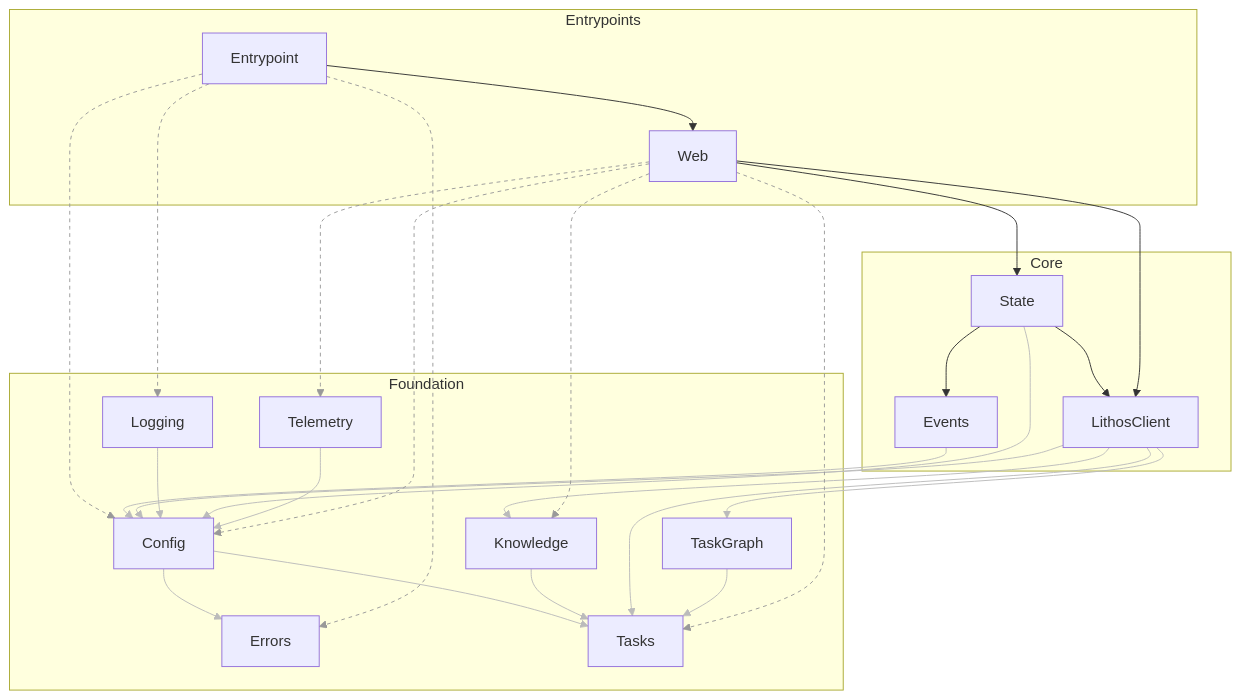
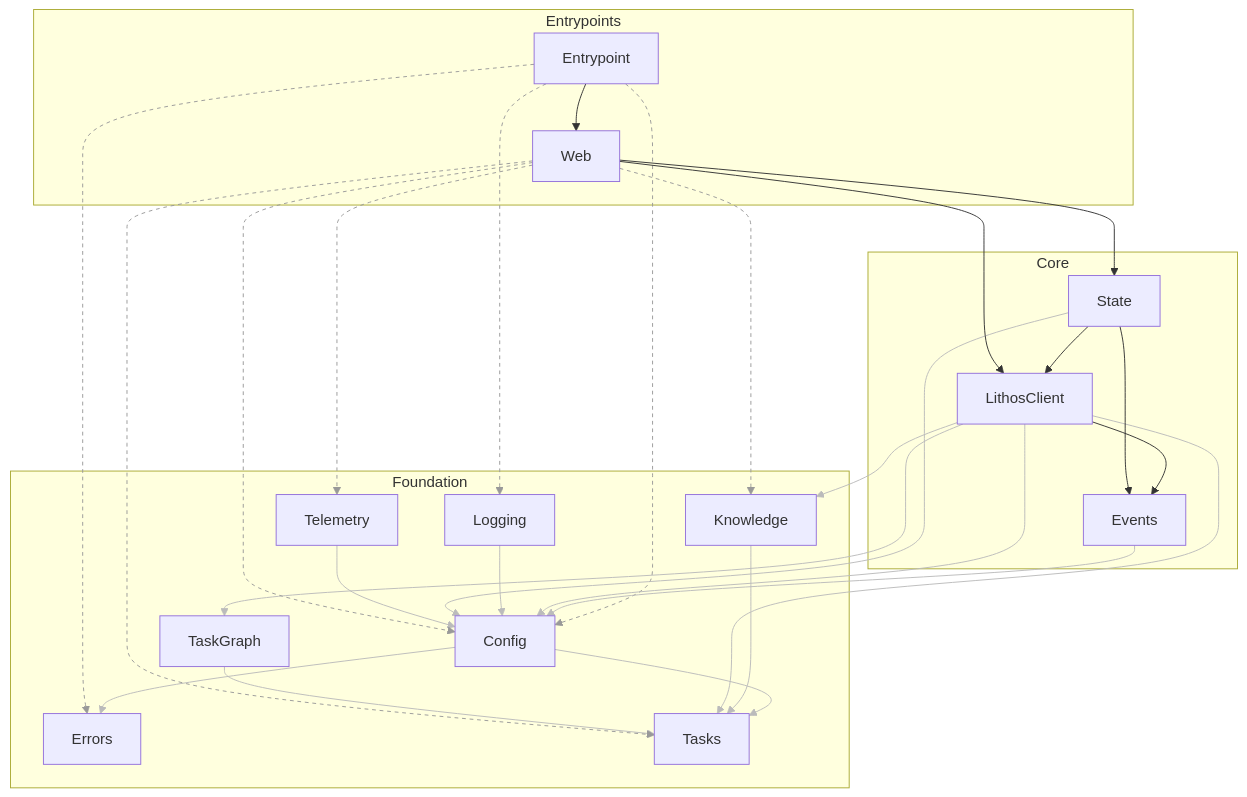
Before and after one commit to agent-lore/lithos-lens: the diagram in docs/generated/architecture.md, drawn with Mermaid. The commit also changed 22 other files, not shown here.

````diff
--- a/docs/generated/architecture.md
+++ b/docs/generated/architecture.md
@@ -6,76 +6,77 @@
 ```mermaid
 graph TD
   subgraph tier_Entrypoints["Entrypoints"]
     Entrypoint
     Web
   end
   subgraph tier_Core["Core"]
     Events
     LithosClient
     State
   end
   subgraph tier_Foundation["Foundation"]
     Config
     Errors
     Knowledge
     Logging
     TaskGraph
     Tasks
     Telemetry
   end
   click Config "components/Config.md"
   click Entrypoint "components/Entrypoint.md"
   click Errors "components/Errors.md"
   click Events "components/Events.md"
   click Knowledge "components/Knowledge.md"
   click LithosClient "components/LithosClient.md"
   click Logging "components/Logging.md"
   click State "components/State.md"
   click TaskGraph "components/TaskGraph.md"
   click Tasks "components/Tasks.md"
   click Telemetry "components/Telemetry.md"
   click Web "components/Web.md"
   Config --> Errors
   Config --> Tasks
   Entrypoint --> Config
   Entrypoint --> Errors
   Entrypoint --> Logging
   Entrypoint --> Web
   Events --> Config
   Knowledge --> Tasks
   LithosClient --> Config
+  LithosClient --> Events
   LithosClient --> Knowledge
   LithosClient --> TaskGraph
   LithosClient --> Tasks
   Logging --> Config
   State --> Config
   State --> Events
   State --> LithosClient
   TaskGraph --> Tasks
   Telemetry --> Config
   Web --> Config
   Web --> Knowledge
   Web --> LithosClient
   Web --> State
   Web --> Tasks
   Web --> Telemetry
   linkStyle 0 stroke:#bbb
   linkStyle 1 stroke:#bbb
   linkStyle 2 stroke:#999,stroke-dasharray:4
   linkStyle 3 stroke:#999,stroke-dasharray:4
   linkStyle 4 stroke:#999,stroke-dasharray:4
   linkStyle 6 stroke:#bbb
   linkStyle 7 stroke:#bbb
   linkStyle 8 stroke:#bbb
-  linkStyle 9 stroke:#bbb
   linkStyle 10 stroke:#bbb
   linkStyle 11 stroke:#bbb
   linkStyle 12 stroke:#bbb
   linkStyle 13 stroke:#bbb
-  linkStyle 16 stroke:#bbb
+  linkStyle 14 stroke:#bbb
   linkStyle 17 stroke:#bbb
-  linkStyle 18 stroke:#999,stroke-dasharray:4
+  linkStyle 18 stroke:#bbb
   linkStyle 19 stroke:#999,stroke-dasharray:4
-  linkStyle 22 stroke:#999,stroke-dasharray:4
+  linkStyle 20 stroke:#999,stroke-dasharray:4
   linkStyle 23 stroke:#999,stroke-dasharray:4
+  linkStyle 24 stroke:#999,stroke-dasharray:4
 ```
````
